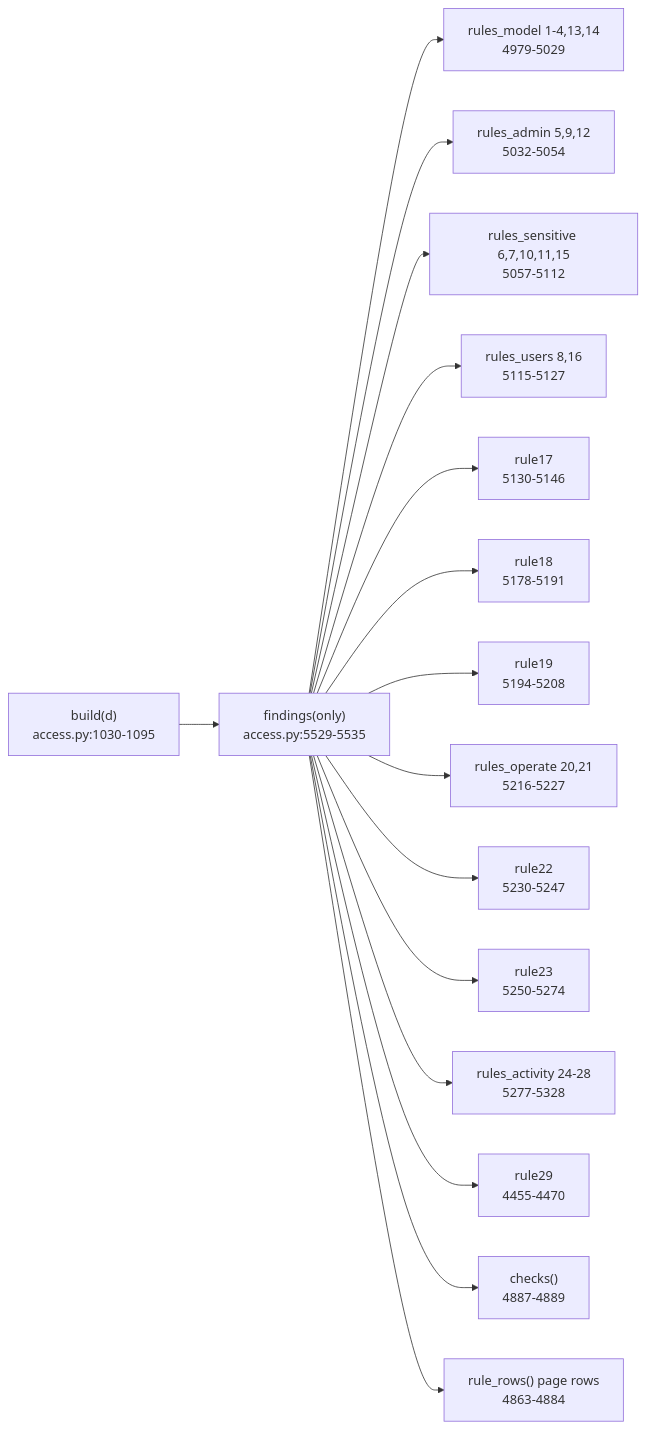
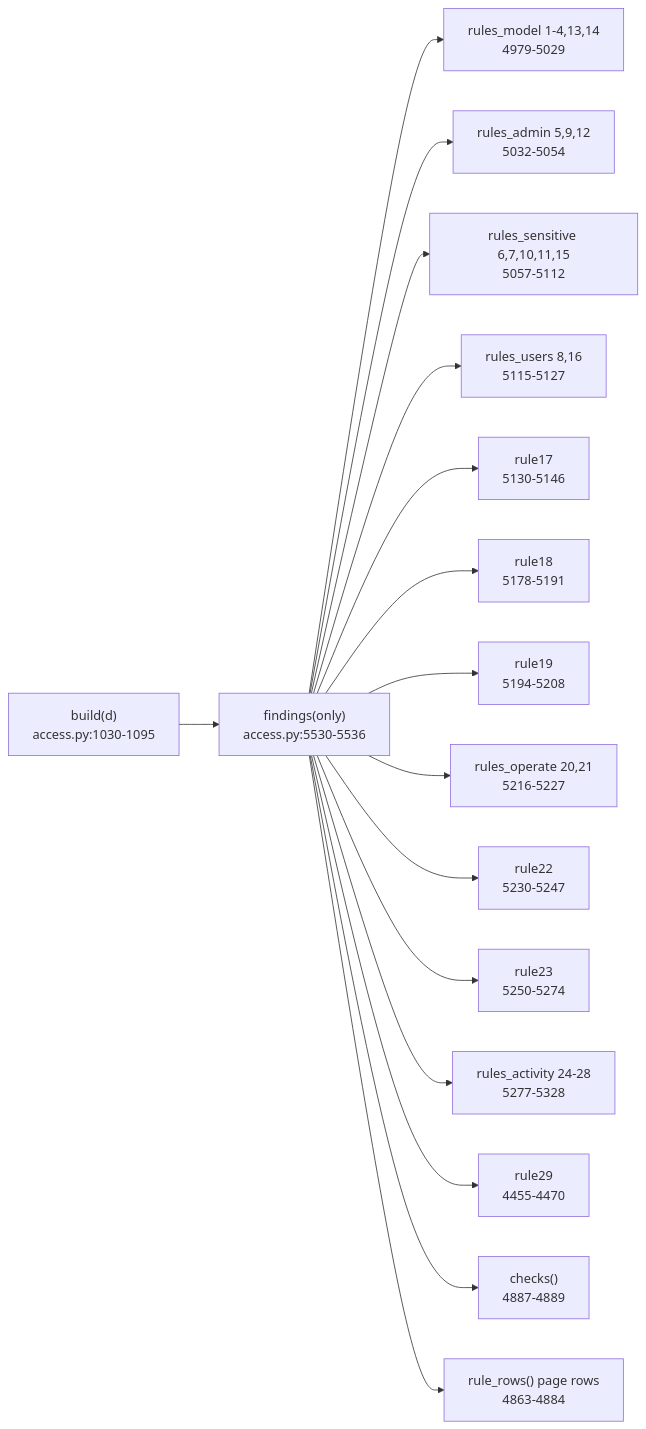
The diagram in snowflake-access-explorer-knowledge-graph/logic/rules.md (darshanmeel/snowflake-access-explorer), drawn with Mermaid before and after one commit. The commit also changed other lines of this file and 28 other files, not shown here.

Commit message:
Knowledge graph at 8e4e792 (section SQL fix), node lines synced

````diff
--- a/snowflake-access-explorer-knowledge-graph/logic/rules.md
+++ b/snowflake-access-explorer-knowledge-graph/logic/rules.md
@@ -6,18 +6,18 @@
 ```mermaid
 flowchart LR
-  B["build(d)<br/>access.py:1030-1095"] --> F["findings(only)<br/>access.py:5529-5535"]
+  B["build(d)<br/>access.py:1030-1095"] --> F["findings(only)<br/>access.py:5530-5536"]
   F --> M["rules_model 1-4,13,14<br/>4979-5029"]
   F --> A["rules_admin 5,9,12<br/>5032-5054"]
   F --> S["rules_sensitive 6,7,10,11,15<br/>5057-5112"]
   F --> U["rules_users 8,16<br/>5115-5127"]
   F --> R17["rule17<br/>5130-5146"]
   F --> R18["rule18<br/>5178-5191"]
   F --> R19["rule19<br/>5194-5208"]
   F --> O["rules_operate 20,21<br/>5216-5227"]
   F --> R22["rule22<br/>5230-5247"]
   F --> R23["rule23<br/>5250-5274"]
   F --> RA["rules_activity 24-28<br/>5277-5328"]
   F --> R29["rule29<br/>4455-4470"]
   F --> C["checks()<br/>4887-4889"]
   F --> RR["rule_rows() page rows<br/>4863-4884"]
 ```
````
